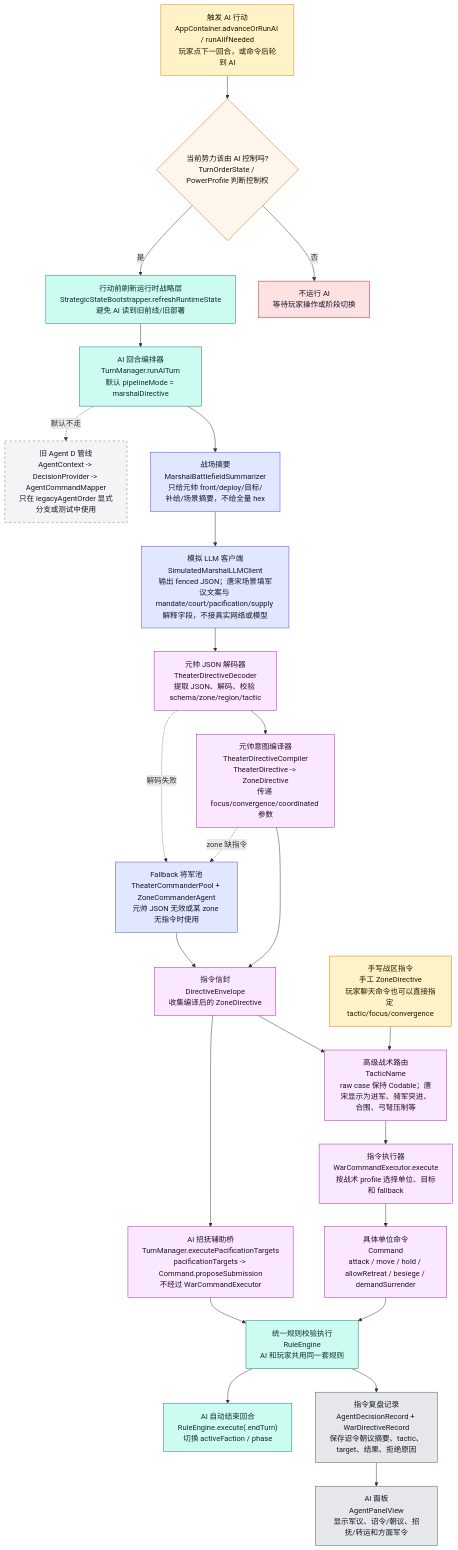
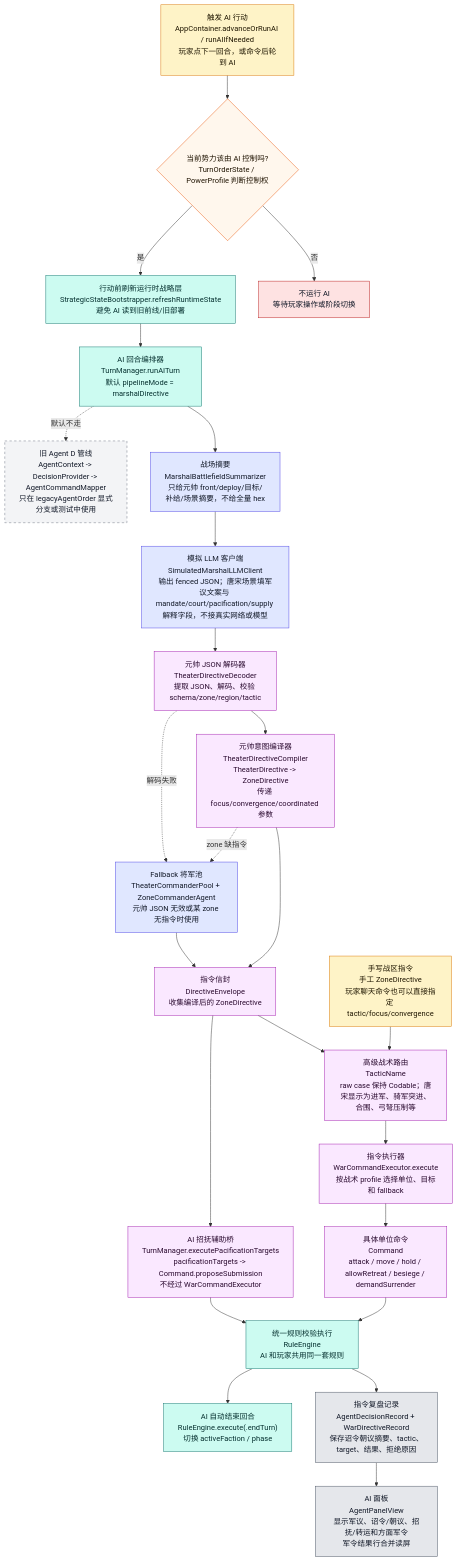
Before and after one commit to Altman-sam114/125: the seventh of 12 diagrams in md/flow/flowchart.md, drawn with Mermaid. The commit also changed other lines of this file and 7 other files, not shown here.

````diff
--- a/md/flow/flowchart.md
+++ b/md/flow/flowchart.md
@@ -462,48 +463,48 @@
 ```mermaid
 flowchart TD
     START["触发 AI 行动<br/>AppContainer.advanceOrRunAI / runAIIfNeeded<br/>玩家点下一回合，或命令后轮到 AI"]:::input
     CHECK{"当前势力该由 AI 控制吗?<br/>TurnOrderState / PowerProfile 判断控制权"}:::decision
     STOP["不运行 AI<br/>等待玩家操作或阶段切换"]:::stop
     REFRESH["行动前刷新运行时战略层<br/>StrategicStateBootstrapper.refreshRuntimeState<br/>避免 AI 读到旧前线/旧部署"]:::rules
     TM["AI 回合编排器<br/>TurnManager.runAITurn<br/>默认 pipelineMode = marshalDirective"]:::rules
     SUM["战场摘要<br/>MarshalBattlefieldSummarizer<br/>只给元帅 front/deploy/目标/补给/场景摘要，不给全量 hex"]:::ai
     LLM["模拟 LLM 客户端<br/>SimulatedMarshalLLMClient<br/>输出 fenced JSON；唐宋场景填军议文案与 mandate/court/pacification/supply 解释字段，不接真实网络或模型"]:::ai
     DEC["元帅 JSON 解码器<br/>TheaterDirectiveDecoder<br/>提取 JSON、解码、校验 schema/zone/region/tactic"]:::command
     COMP["元帅意图编译器<br/>TheaterDirectiveCompiler<br/>TheaterDirective -> ZoneDirective<br/>传递 focus/convergence/coordinated 参数"]:::command
     ENV["指令信封<br/>DirectiveEnvelope<br/>收集编译后的 ZoneDirective"]:::command
     TACTIC["高级战术路由<br/>TacticName<br/>raw case 保持 Codable；唐宋显示为进军、骑军突进、合围、弓弩压制等"]:::command
     WCE["指令执行器<br/>WarCommandExecutor.execute<br/>按战术 profile 选择单位、目标和 fallback"]:::command
     BOTTOM["具体单位命令<br/>Command<br/>attack / move / hold / allowRetreat / besiege / demandSurrender"]:::command
     PAC["AI 招抚辅助桥<br/>TurnManager.executePacificationTargets<br/>pacificationTargets -> Command.proposeSubmission<br/>不经过 WarCommandExecutor"]:::command
     RE["统一规则校验执行<br/>RuleEngine<br/>AI 和玩家共用同一套规则"]:::rules
     RECORD["指令复盘记录<br/>AgentDecisionRecord + WarDirectiveRecord<br/>保存诏令朝议摘要、tactic、target、结果、拒绝原因"]:::ui
-    PANEL["AI 面板<br/>AgentPanelView<br/>显示军议、诏令/朝议、招抚/转运和方面军令"]:::ui
+    PANEL["AI 面板<br/>AgentPanelView<br/>显示军议、诏令/朝议、招抚/转运和方面军令<br/>军令结果行合并读屏"]:::ui
     END["AI 自动结束回合<br/>RuleEngine.execute(.endTurn)<br/>切换 activeFaction / phase"]:::rules
 
     START --> CHECK
     CHECK -->|否| STOP
     CHECK -->|是| REFRESH --> TM --> SUM --> LLM --> DEC --> COMP --> ENV
     ENV --> TACTIC --> WCE --> BOTTOM --> RE --> RECORD
     ENV --> PAC --> RE
     RE --> END
     RECORD --> PANEL
 
     FALLBACK["Fallback 将军池<br/>TheaterCommanderPool + ZoneCommanderAgent<br/>元帅 JSON 无效或某 zone 无指令时使用"]:::ai
     DEC -.解码失败.-> FALLBACK --> ENV
     COMP -.zone 缺指令.-> FALLBACK
 
     LEGACY["旧 Agent D 管线<br/>AgentContext -> DecisionProvider -> AgentCommandMapper<br/>只在 legacyAgentOrder 显式分支或测试中使用"]:::legacy
     TM -.默认不走.-> LEGACY
 
     MANUAL["手写战区指令<br/>手工 ZoneDirective<br/>玩家聊天命令也可以直接指定 tactic/focus/convergence"]:::input
     MANUAL --> TACTIC
 
     classDef input fill:#fef3c7,stroke:#d97706,color:#1f1600
     classDef decision fill:#fff7ed,stroke:#ea580c,color:#1f1300
     classDef stop fill:#fee2e2,stroke:#b91c1c,color:#111827
     classDef rules fill:#ccfbf1,stroke:#0f766e,color:#042f2e
     classDef ai fill:#e0e7ff,stroke:#4f46e5,color:#111827
     classDef command fill:#fae8ff,stroke:#a21caf,color:#2a0a2f
     classDef ui fill:#e5e7eb,stroke:#4b5563,color:#111827
     classDef legacy fill:#f3f4f6,stroke:#6b7280,stroke-dasharray:5 5,color:#111827
 ```
````
